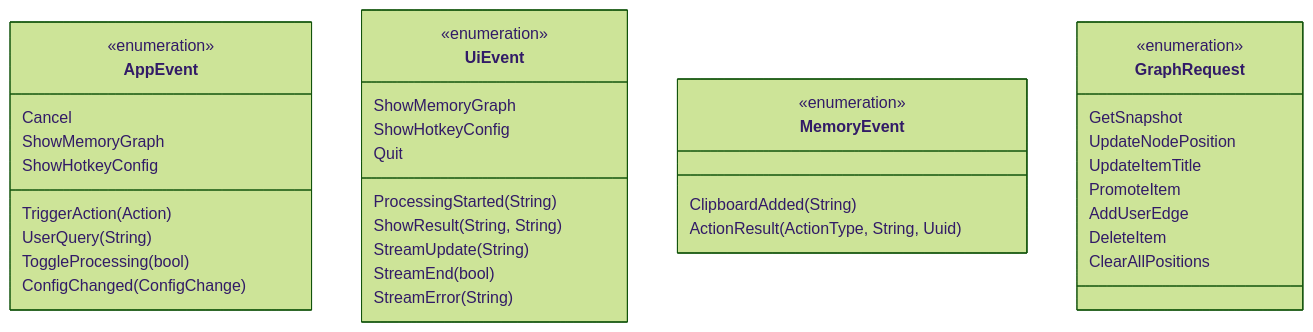
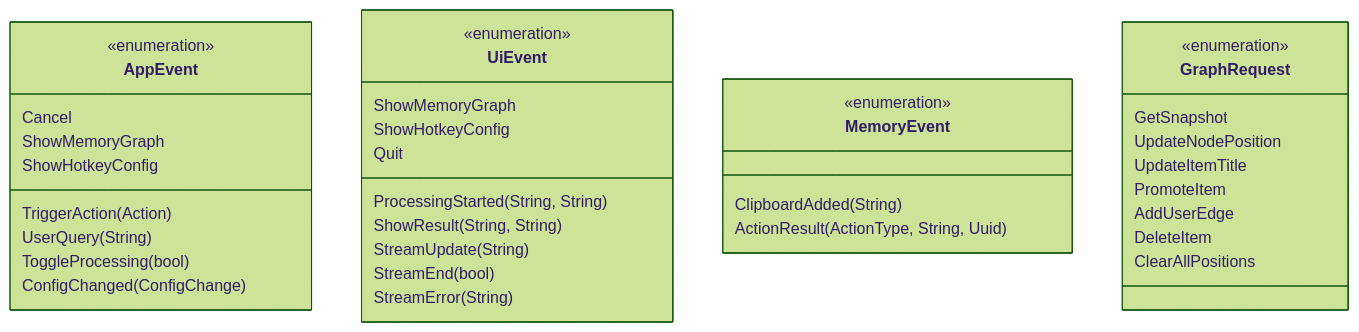
Before and after one commit to mzqef/Controller: the fourth of 9 diagrams in docs/ARCHITECTURE.md, drawn with Mermaid (forest theme). The commit also changed 18 other files, not shown here.

````diff
--- a/docs/ARCHITECTURE.md
+++ b/docs/ARCHITECTURE.md
@@ -111,42 +111,42 @@
 ```mermaid
 classDiagram
     class AppEvent {
         <<enumeration>>
         TriggerAction(Action)
         UserQuery(String)
         ToggleProcessing(bool)
         Cancel
         ShowMemoryGraph
         ShowHotkeyConfig
         ConfigChanged(ConfigChange)
     }
     
     class UiEvent {
         <<enumeration>>
-        ProcessingStarted(String)
+        ProcessingStarted(String, String)
         ShowResult(String, String)
         StreamUpdate(String)
         StreamEnd(bool)
         StreamError(String)
         ShowMemoryGraph
         ShowHotkeyConfig
         Quit
     }
     
     class MemoryEvent {
         <<enumeration>>
         ClipboardAdded(String)
         ActionResult(ActionType, String, Uuid)
     }
     
     class GraphRequest {
         <<enumeration>>
         GetSnapshot
         UpdateNodePosition
         UpdateItemTitle
         PromoteItem
         AddUserEdge
         DeleteItem
         ClearAllPositions
     }
 ```
````
